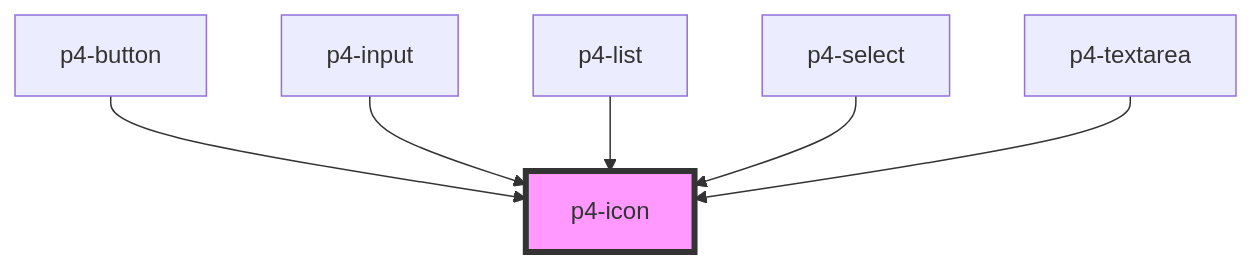
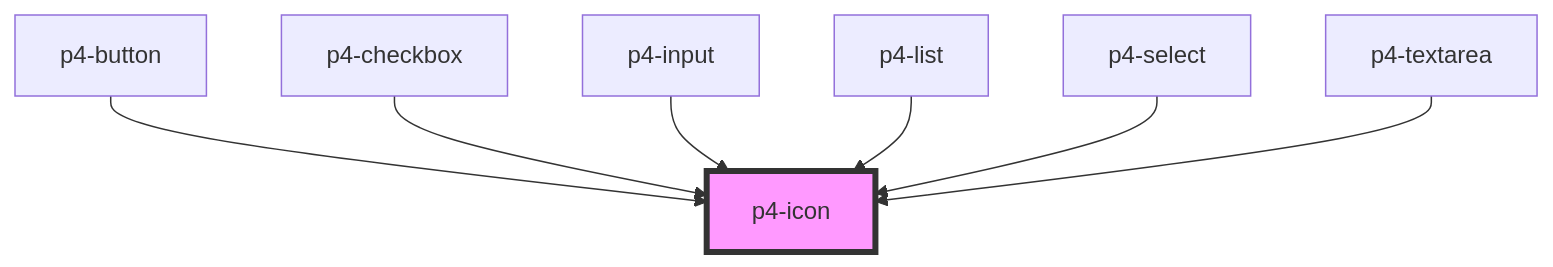
The diagram in src/components/p4-icon/readme.md (goatui/components), drawn with Mermaid before and after one commit. The commit also changed other lines of this file and 86 other files, not shown here.

````diff
--- a/src/components/p4-icon/readme.md
+++ b/src/components/p4-icon/readme.md
@@ -27,9 +28,10 @@
 ```mermaid
 graph TD;
   p4-button --> p4-icon
+  p4-checkbox --> p4-icon
   p4-input --> p4-icon
   p4-list --> p4-icon
   p4-select --> p4-icon
   p4-textarea --> p4-icon
   style p4-icon fill:#f9f,stroke:#333,stroke-width:4px
 ```
````
